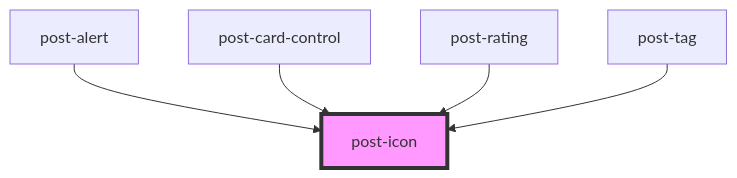
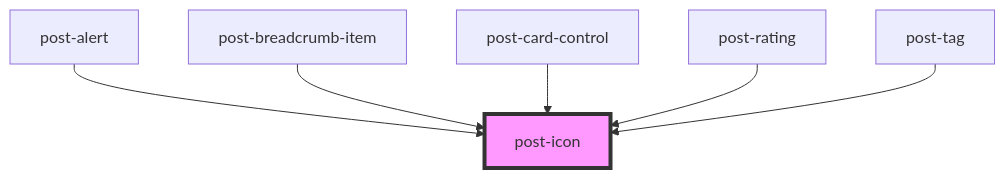
Before and after one commit to swisspost/design-system: the diagram in packages/components/src/components/post-icon/readme.md, drawn with Mermaid. The commit also changed other lines of this file and 2 other files, not shown here.

Commit message:
chore(component): autogenerated files for BreadcrumbItem component were added

````diff
--- a/packages/components/src/components/post-icon/readme.md
+++ b/packages/components/src/components/post-icon/readme.md
@@ -31,8 +32,9 @@
 ```mermaid
 graph TD;
   post-alert --> post-icon
+  post-breadcrumb-item --> post-icon
   post-card-control --> post-icon
   post-rating --> post-icon
   post-tag --> post-icon
   style post-icon fill:#f9f,stroke:#333,stroke-width:4px
 ```
````
